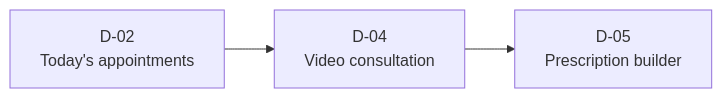
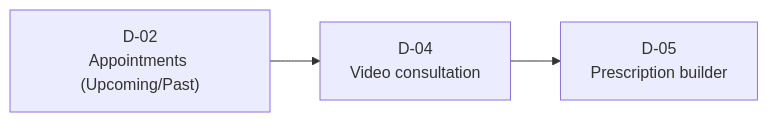
Before and after one commit to Burhan3737/Dermaestha: the third of 3 diagrams in docs/specification/06-DESIGN_SYSTEM_THEME_DOCUMENT.md, drawn with Mermaid. The commit also changed other lines of this file and 7 other files, not shown here.

First line of the commit message:
docs(spec): sync suite to doctor time-based Upcoming/Past (ADR-45)

````diff
--- a/docs/specification/06-DESIGN_SYSTEM_THEME_DOCUMENT.md
+++ b/docs/specification/06-DESIGN_SYSTEM_THEME_DOCUMENT.md
@@ -66,7 +66,7 @@
 ```mermaid
 flowchart LR
-  D02["D-02<br/>Today's appointments"]
+  D02["D-02<br/>Appointments (Upcoming/Past)"]
   D04["D-04<br/>Video consultation"]
   D05["D-05<br/>Prescription builder"]
   D02 --> D04 --> D05
 ```
````
